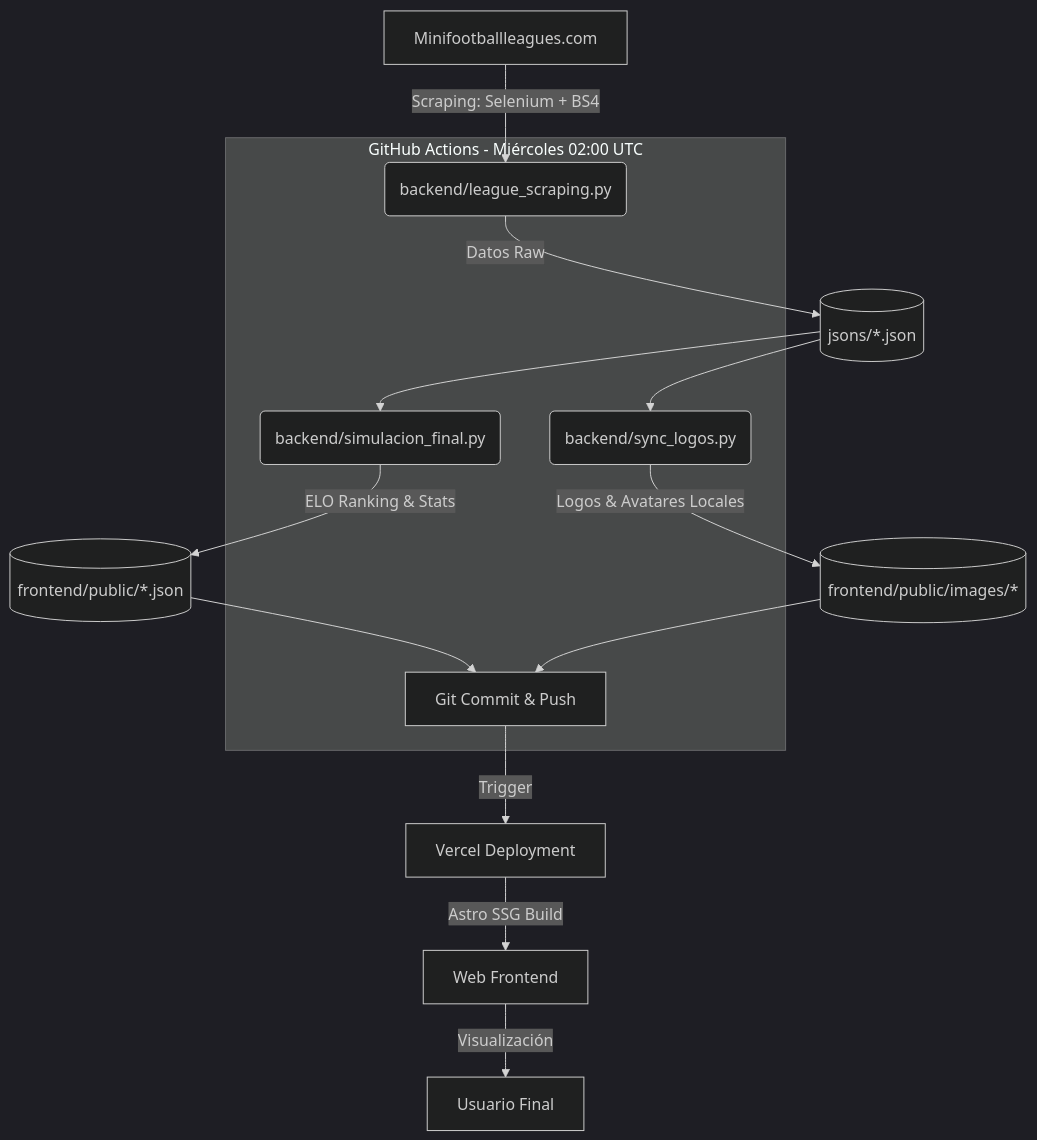
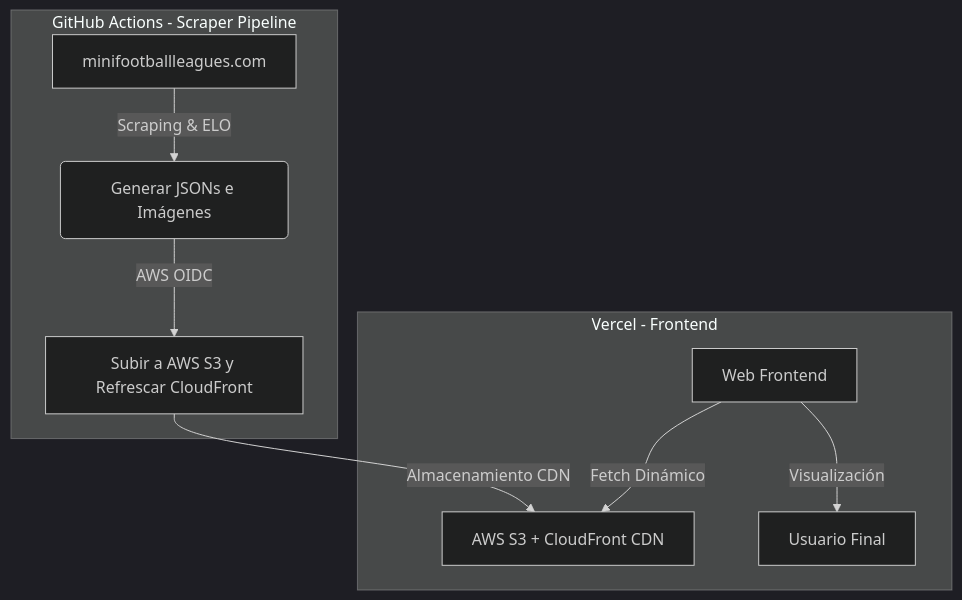
The diagram in README.md (floatingbit23/minifootballleagueanalyzer), drawn with Mermaid (dark theme) before and after one commit. The commit also changed other lines of this file and 3 other files, not shown here.

````diff
--- a/README.md
+++ b/README.md
@@ -122,22 +123,14 @@
 ```mermaid
 graph TD
-    A[Minifootballleagues.com] -->|Scraping: Selenium + BS4| B(backend/league_scraping.py)
-    B -->|Datos Raw| C[(jsons/*.json)]
-    C --> S(backend/sync_logos.py)
-    S -->|Logos & Avatares Locales| E[(frontend/public/images/*)]
-    C --> D(backend/simulacion_final.py)
-    D -->|ELO Ranking & Stats| F[(frontend/public/*.json)]
+    subgraph GitHub_Actions [GitHub Actions - Scraper Pipeline]
+        A[minifootballleagues.com] -->|Scraping & ELO| B(Generar JSONs e Imágenes)
+        B -->|AWS OIDC| C[Subir a AWS S3 y Refrescar CloudFront]
+    end
+
+    C -->|Almacenamiento CDN| D[AWS S3 + CloudFront CDN]
     
-    subgraph GitHub_Actions [GitHub Actions - Miércoles 02:00 UTC]
-        B
-        S
-        D
-        G[Git Commit & Push]
+    subgraph Vercel_App [Vercel - Frontend]
+        E[Web Frontend] -->|Fetch Dinámico| D
+        E -->|Visualización| F[Usuario Final]
     end
-    
-    F --> G
-    E --> G
-    G -->|Trigger| H[Vercel Deployment]
-    H -->|Astro SSG Build| I[Web Frontend]
-    I -->|Visualización| J[Usuario Final]
 ```
````
